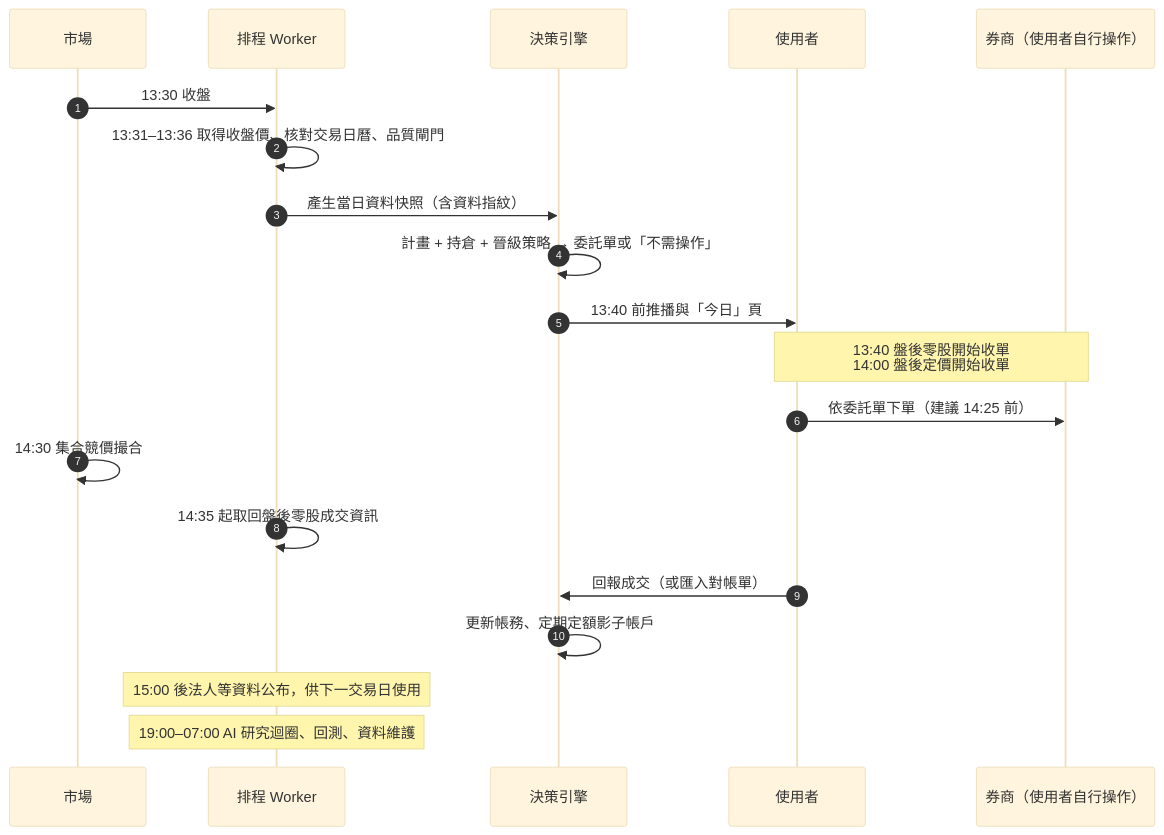
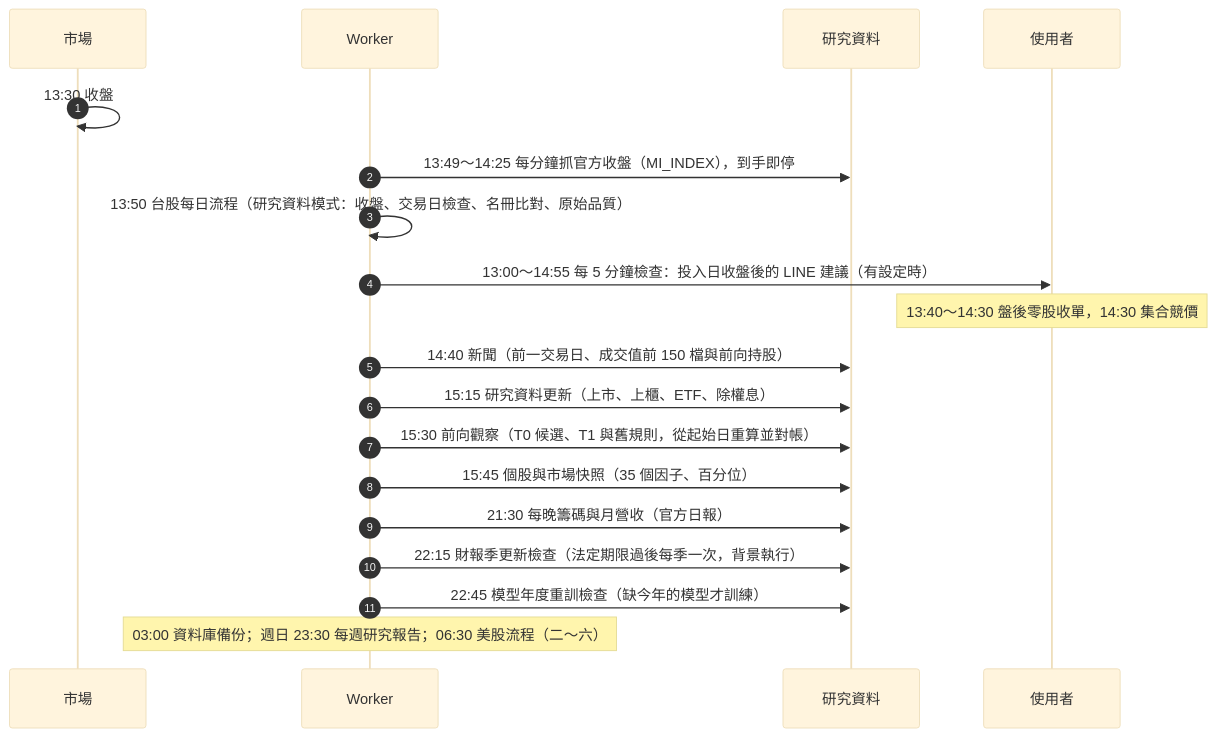
Before and after one commit to ryan73093/StockResearch: the second of 7 diagrams in docs/system_architecture.md, drawn with Mermaid (base theme). The commit also changed other lines of this file and 16 other files, not shown here.

First line of the commit message:
Research page on the new design; market entry; architecture rewritten

````diff
--- a/docs/system_architecture.md
+++ b/docs/system_architecture.md
@@ -92,23 +93,22 @@
 ```mermaid
 sequenceDiagram
     autonumber
     participant M as 市場
-    participant W as 排程 Worker
-    participant D as 決策引擎
+    participant W as Worker
+    participant R as 研究資料
     participant U as 使用者
-    participant B as 券商（使用者自行操作）
 
-    M->>W: 13:30 收盤
-    W->>W: 13:31–13:36 取得收盤價、核對交易日曆、品質閘門
-    W->>D: 產生當日資料快照（含資料指紋）
-    D->>D: 計畫 + 持倉 + 晉級策略 → 委託單或「不需操作」
-    D->>U: 13:40 前推播與「今日」頁
-    Note over U,B: 13:40 盤後零股開始收單<br/>14:00 盤後定價開始收單
-    U->>B: 依委託單下單（建議 14:25 前）
-    M->>M: 14:30 集合競價撮合
-    W->>W: 14:35 起取回盤後零股成交資訊
-    U->>D: 回報成交（或匯入對帳單）
-    D->>D: 更新帳務、定期定額影子帳戶
-    Note over W: 15:00 後法人等資料公布，供下一交易日使用
-    Note over W: 19:00–07:00 AI 研究迴圈、回測、資料維護
+    M->>M: 13:30 收盤
+    W->>R: 13:49～14:25 每分鐘抓官方收盤（MI_INDEX），到手即停
+    W->>W: 13:50 台股每日流程（研究資料模式：收盤、交易日檢查、名冊比對、原始品質）
+    W->>U: 13:00～14:55 每 5 分鐘檢查：投入日收盤後的 LINE 建議（有設定時）
+    Note over U: 13:40～14:30 盤後零股收單，14:30 集合競價
+    W->>R: 14:40 新聞（前一交易日、成交值前 150 檔與前向持股）
+    W->>R: 15:15 研究資料更新（上市、上櫃、ETF、除權息）
+    W->>R: 15:30 前向觀察（T0 候選、T1 與舊規則，從起始日重算並對帳）
+    W->>R: 15:45 個股與市場快照（35 個因子、百分位）
+    W->>R: 21:30 每晚籌碼與月營收（官方日報）
+    W->>R: 22:15 財報季更新檢查（法定期限過後每季一次，背景執行）
+    W->>R: 22:45 模型年度重訓檢查（缺今年的模型才訓練）
+    Note over W: 03:00 資料庫備份；週日 23:30 每週研究報告；06:30 美股流程（二～六）
 ```
````
